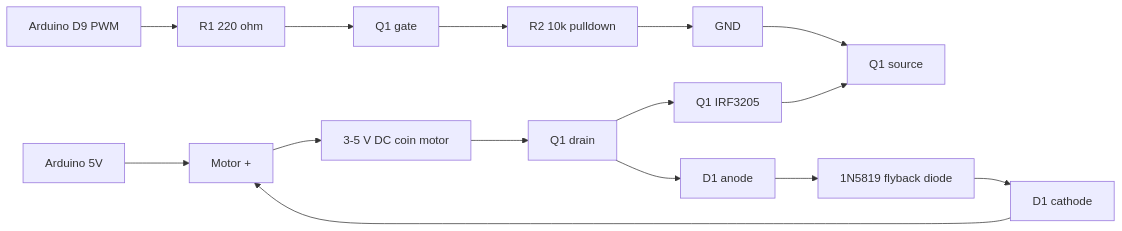
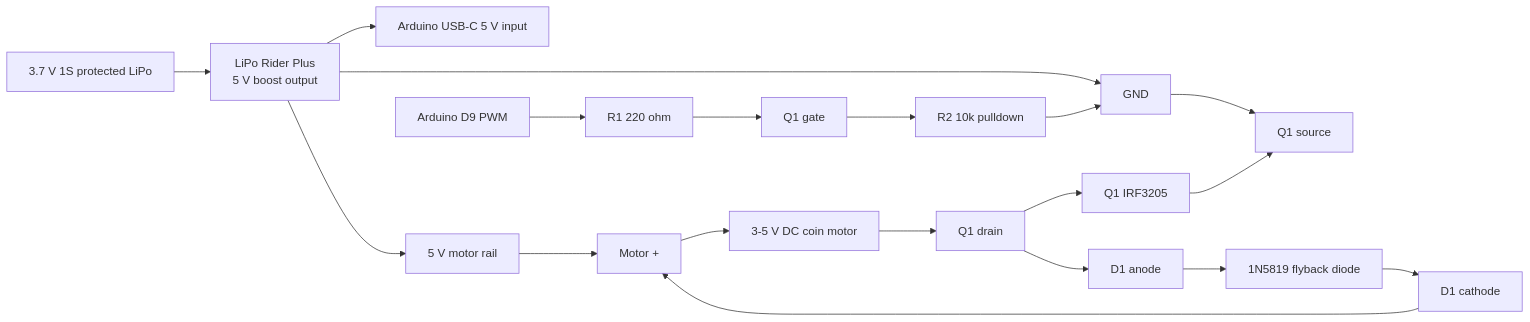
Before and after one commit to nullyks/haptell-devices: the diagram in schematics/haptell-01-dc-coin-motor/diagram.md, drawn with Mermaid. The commit also changed other lines of this file and 16 other files, not shown here.

Commit message:
Update schematic documentation diagrams

````diff
--- a/schematics/haptell-01-dc-coin-motor/diagram.md
+++ b/schematics/haptell-01-dc-coin-motor/diagram.md
@@ -24,17 +28,21 @@
 ```mermaid
 flowchart LR
+  Battery["3.7 V 1S protected LiPo"] --> Rider["LiPo Rider Plus<br/>5 V boost output"]
+  Rider --> Usb["Arduino USB-C 5 V input"]
+  Rider --> V5["5 V motor rail"]
+  Rider --> GND["GND"]
   D9["Arduino D9 PWM"] --> R1["R1 220 ohm"]
   R1 --> Gate["Q1 gate"]
   Gate --> R2["R2 10k pulldown"]
   R2 --> GND["GND"]
   GND --> Source["Q1 source"]
-  V5["Arduino 5V"] --> MotorPlus["Motor +"]
+  V5 --> MotorPlus["Motor +"]
   MotorPlus --> M1["3-5 V DC coin motor"]
   M1 --> Drain["Q1 drain"]
   Drain --> Q1["Q1 IRF3205"]
   Q1 --> Source
   Drain --> D1A["D1 anode"]
   D1C["D1 cathode"] --> MotorPlus
   D1A --> D1["1N5819 flyback diode"]
   D1 --> D1C
 ```
````
